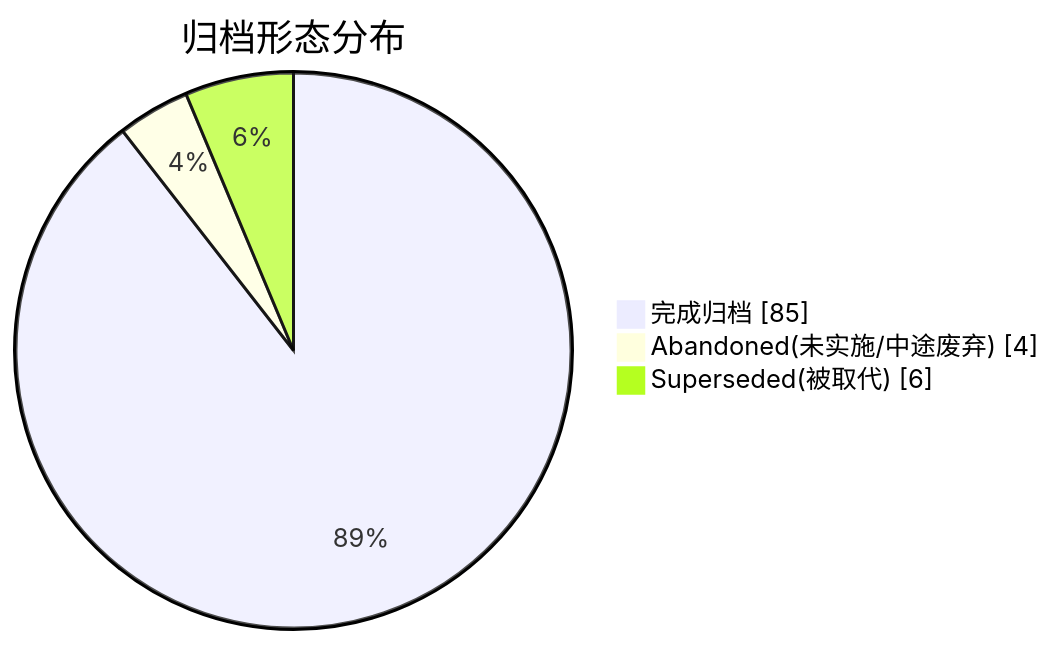
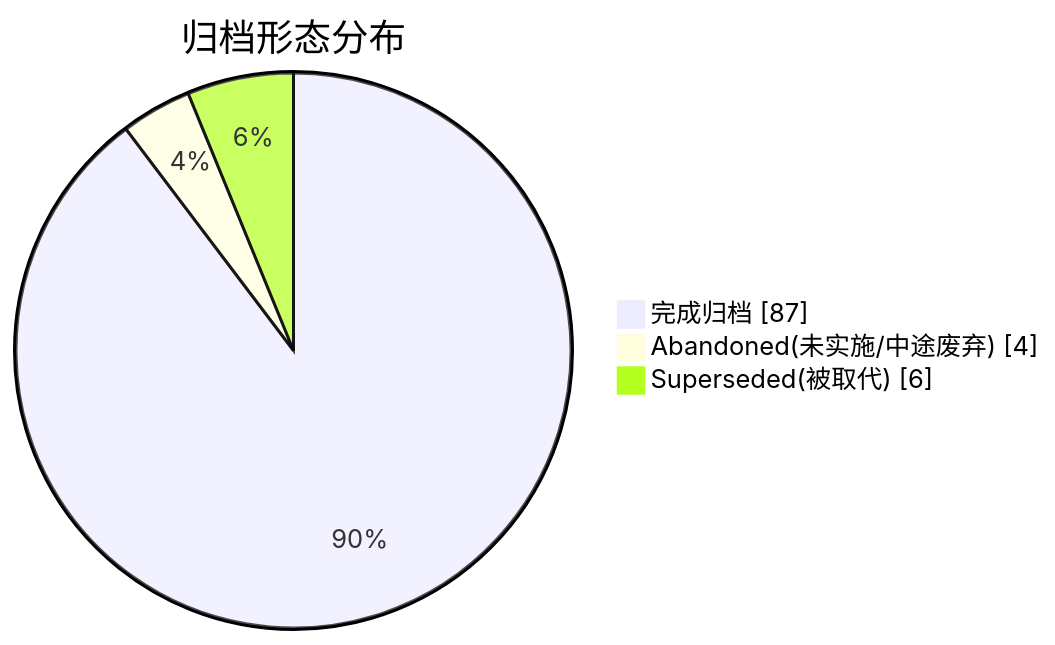
The second of 2 diagrams in docs/superpowers/ARCHIVE.md (golddream-y/obsidian-ratel), drawn with Mermaid before and after one commit. The commit also changed other lines of this file and 15 other files, not shown here.

````diff
--- a/docs/superpowers/ARCHIVE.md
+++ b/docs/superpowers/ARCHIVE.md
@@ -24,6 +24,6 @@
 ```mermaid
 pie showData title 归档形态分布
-    "完成归档" : 85
+    "完成归档" : 87
     "Abandoned(未实施/中途废弃)" : 4
     "Superseded(被取代)" : 6
 ```
````
